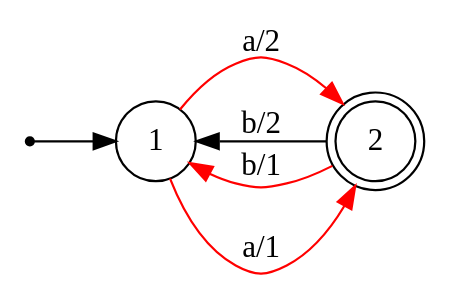
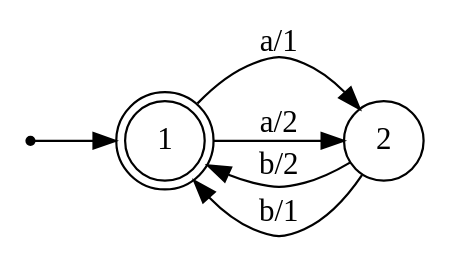
The diagram in input.dot (zenAndroid/oracle-extract), drawn with Graphviz before and after one commit. The commit also changed 1 other file, not shown here.

```diff
--- a/input.dot
+++ b/input.dot
@@ -1,11 +1,11 @@
 digraph Automaton {
     node [shape=point] INIT;
-    2 [shape="doublecircle"];
+    1 [shape="doublecircle"];
     node [shape=circle];
     rankdir = LR;
     INIT -> 1;
-    1 -> 2 [label="a/1", color=red];
-    1 -> 2 [label="a/2", color=red];
+    1 -> 2 [label="a/1"];
+    1 -> 2 [label="a/2"];
     2 -> 1 [label="b/2"];
-    2 -> 1 [label="b/1", color=red];
+    2 -> 1 [label="b/1"];
 }
```
